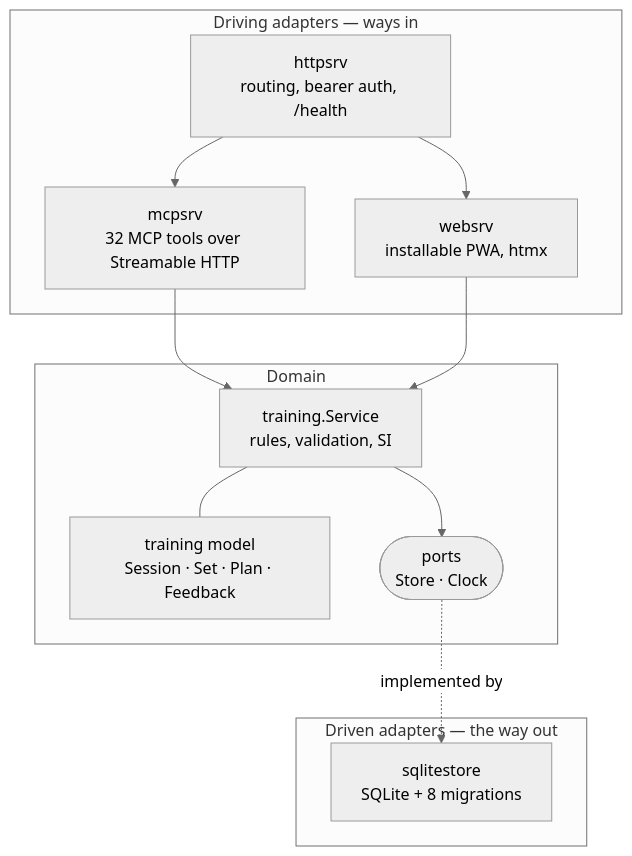
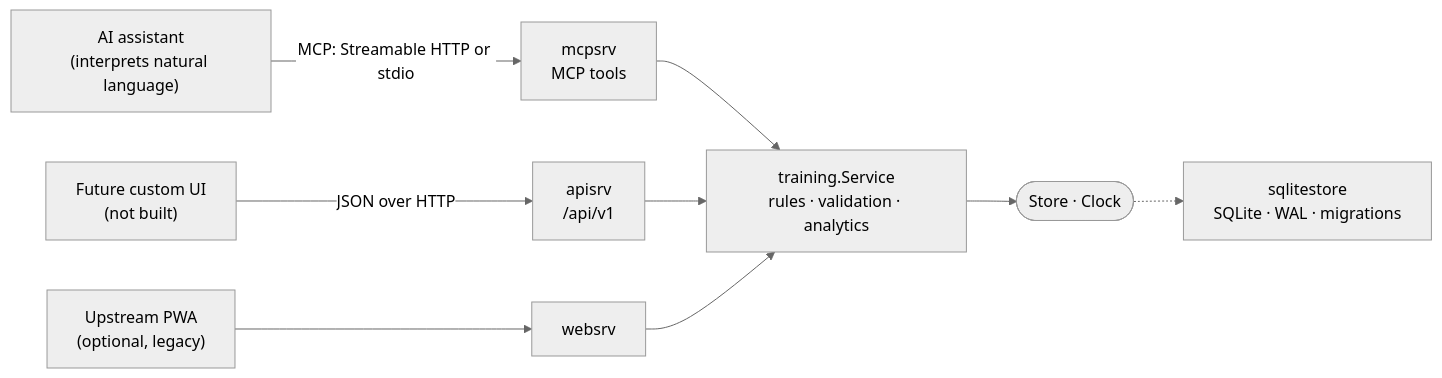
Before and after one commit to oriamos/workout-body: the diagram in docs/architecture.md, drawn with Mermaid (neutral theme). The commit also changed other lines of this file and 27 other files, not shown here.

First line of the commit message:
Add engine/plan/analytics/ops docs, plan JSON schema and example; drop unlicensed vendored skills

````diff
--- a/docs/architecture.md
+++ b/docs/architecture.md
@@ -13,26 +3,11 @@
 ```mermaid
-flowchart TB
-    subgraph driving["Driving adapters — ways in"]
-        MCP["mcpsrv<br/>32 MCP tools over Streamable HTTP"]
-        WEB["websrv<br/>installable PWA, htmx"]
-        HTTP["httpsrv<br/>routing, bearer auth, /health"]
-    end
-
-    subgraph core["Domain"]
-        SVC["training.Service<br/>rules, validation, SI"]
-        MODEL["training model<br/>Session · Set · Plan · Feedback"]
-        PORTS(["ports<br/>Store · Clock"])
-    end
-
-    subgraph driven["Driven adapters — the way out"]
-        SQL["sqlitestore<br/>SQLite + 8 migrations"]
-    end
-
-    HTTP --> MCP
-    HTTP --> WEB
+flowchart LR
+    Assistant["AI assistant<br/>(interprets natural language)"] -->|MCP: Streamable HTTP or stdio| MCP["mcpsrv<br/>MCP tools"]
+    UI["Future custom UI<br/>(not built)"] -->|JSON over HTTP| API["apisrv<br/>/api/v1"]
+    PWA["Upstream PWA<br/>(optional, legacy)"] --> WEB["websrv"]
     MCP --> SVC
+    API --> SVC
     WEB --> SVC
-    SVC --- MODEL
-    SVC --> PORTS
-    PORTS -.implemented by.-> SQL
+    SVC["training.Service<br/>rules · validation · analytics"] --> PORT(["Store · Clock"])
+    PORT -.-> SQL["sqlitestore<br/>SQLite · WAL · migrations"]
 ```
````
